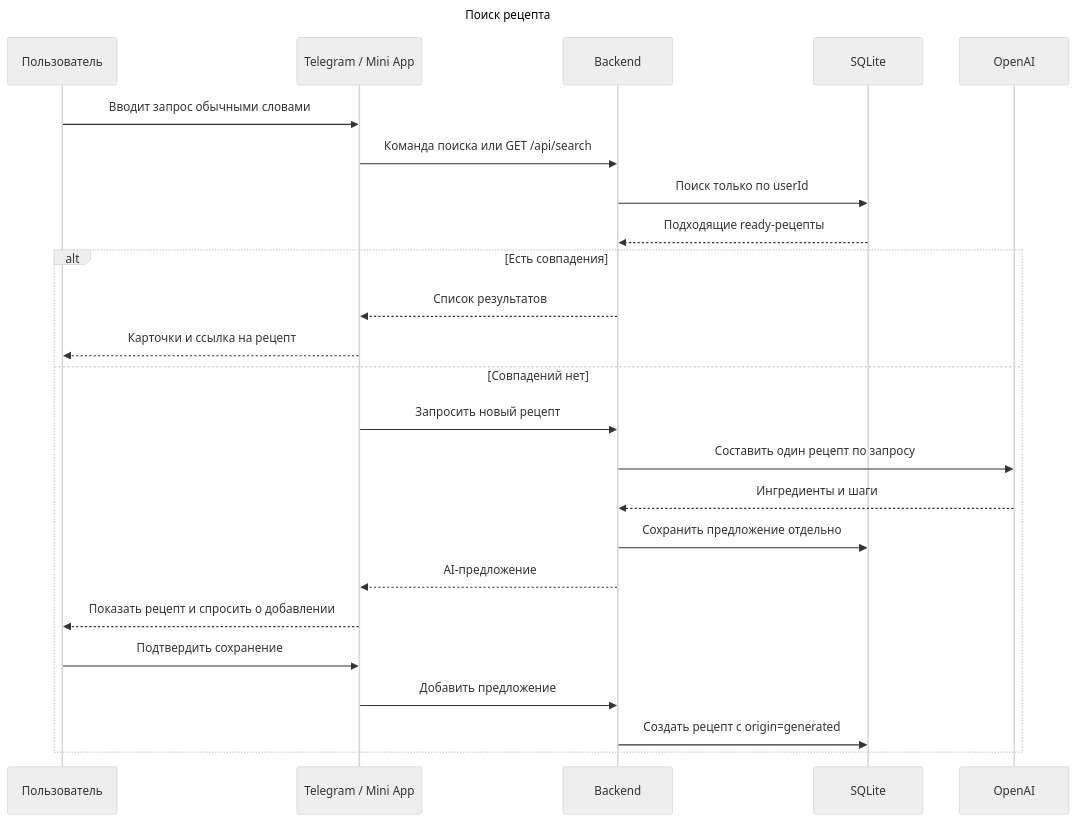
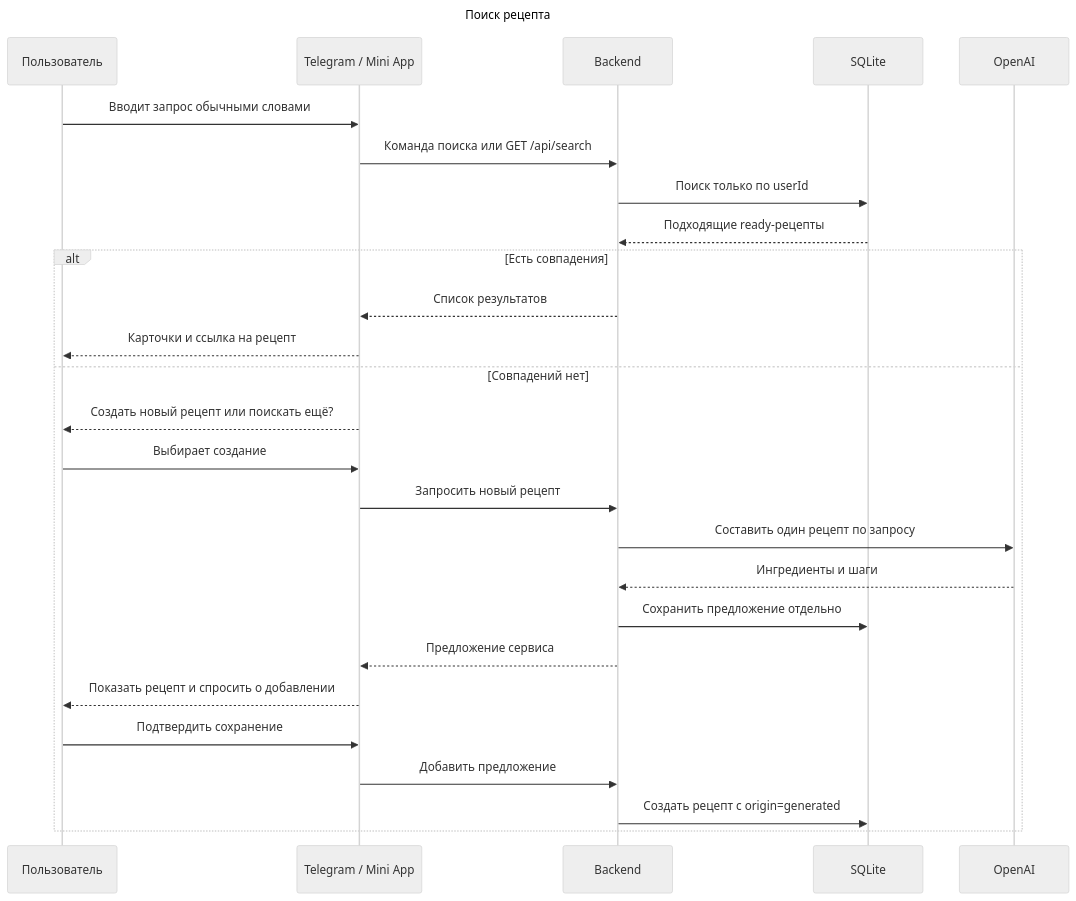
Before and after one commit to Reddamasker/recipeboibot: the second of 2 diagrams in docs/DATA_SEQUENCE_DIAGRAM.md, drawn with Mermaid (neutral theme). The commit also changed other lines of this file and 15 other files, not shown here.

````diff
--- a/docs/DATA_SEQUENCE_DIAGRAM.md
+++ b/docs/DATA_SEQUENCE_DIAGRAM.md
@@ -37,28 +37,30 @@
 ```mermaid
 sequenceDiagram
     title Поиск рецепта
     participant User as Пользователь
     participant Client as Telegram / Mini App
     participant Backend
     participant SQLite
     participant AI as OpenAI
 
     User->>Client: Вводит запрос обычными словами
     Client->>Backend: Команда поиска или GET /api/search
     Backend->>SQLite: Поиск только по userId
     SQLite-->>Backend: Подходящие ready-рецепты
     alt Есть совпадения
         Backend-->>Client: Список результатов
         Client-->>User: Карточки и ссылка на рецепт
     else Совпадений нет
+        Client-->>User: Создать новый рецепт или поискать ещё?
+        User->>Client: Выбирает создание
         Client->>Backend: Запросить новый рецепт
         Backend->>AI: Составить один рецепт по запросу
         AI-->>Backend: Ингредиенты и шаги
         Backend->>SQLite: Сохранить предложение отдельно
-        Backend-->>Client: AI-предложение
+        Backend-->>Client: Предложение сервиса
         Client-->>User: Показать рецепт и спросить о добавлении
         User->>Client: Подтвердить сохранение
         Client->>Backend: Добавить предложение
         Backend->>SQLite: Создать рецепт с origin=generated
     end
 ```
````
